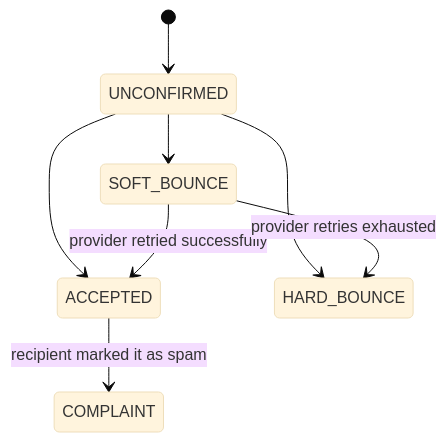
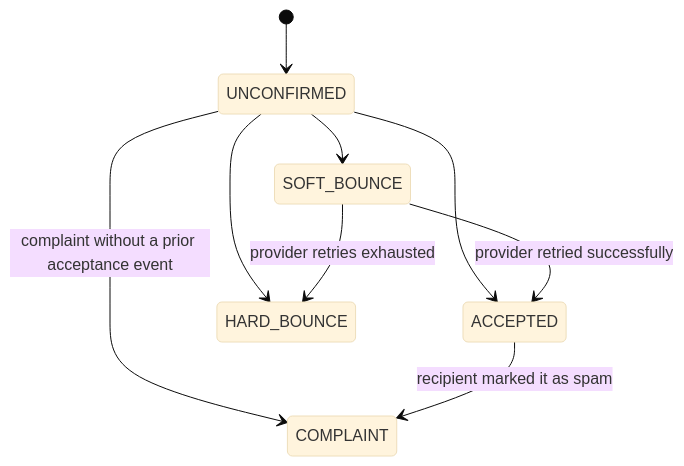
The fifth of 6 diagrams in docs/architecture/arquitectura.md (Ramioy/bulk-mailer-backend), drawn with Mermaid (base theme) before and after one commit. The commit also changed other lines of this file and 5 other files, not shown here.

First line of the commit message:
Allow complaint without prior acceptance and moving removed receipts

````diff
--- a/docs/architecture/arquitectura.md
+++ b/docs/architecture/arquitectura.md
@@ -213,10 +213,11 @@
 ```mermaid
 stateDiagram-v2
     [*] --> UNCONFIRMED
     UNCONFIRMED --> SOFT_BOUNCE
     UNCONFIRMED --> ACCEPTED
     UNCONFIRMED --> HARD_BOUNCE
+    UNCONFIRMED --> COMPLAINT: complaint without a prior acceptance event
     SOFT_BOUNCE --> ACCEPTED: provider retried successfully
     SOFT_BOUNCE --> HARD_BOUNCE: provider retries exhausted
     ACCEPTED --> COMPLAINT: recipient marked it as spam
 ```
````
